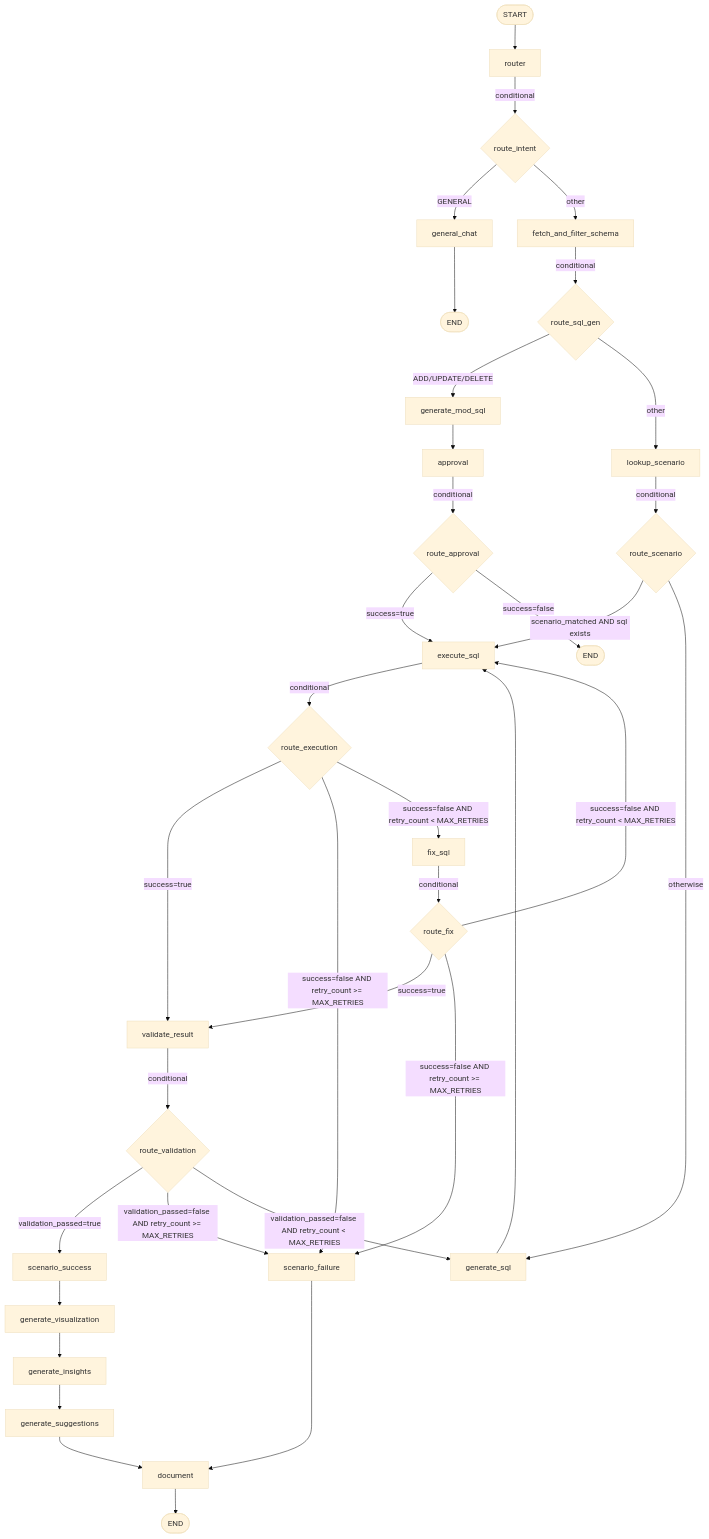
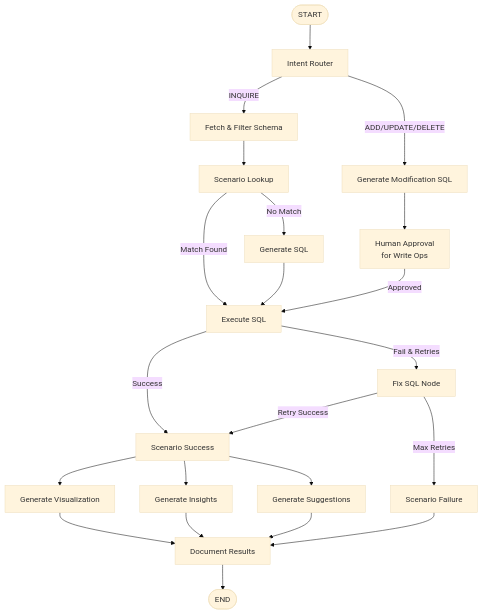
One commit to Omarnagyafifi1/datapilot-ai changed the second of 2 diagrams in README.md. Above: the diagram before and after it, drawn with Mermaid (base theme). The commit also changed other lines of this file and 11 other files, not shown here.

````diff
--- a/README.md
+++ b/README.md
@@ -125,50 +81,24 @@
 ```mermaid
 graph TD
-    START([START]) --> Router[router]
-    
-    Router -->|conditional| RouteIntent{route_intent}
-    RouteIntent -->|GENERAL| GeneralChat[general_chat]
-    RouteIntent -->|other| FetchAndFilterSchema[fetch_and_filter_schema]
-    
-    GeneralChat --> END1([END])
-    
-    FetchAndFilterSchema -->|conditional| RouteSQLGen{route_sql_gen}
-    RouteSQLGen -->|ADD/UPDATE/DELETE| GenerateModSQL[generate_mod_sql]
-    RouteSQLGen -->|other| LookupScenario[lookup_scenario]
-    
-    GenerateModSQL --> Approval[approval]
-    
-    Approval -->|conditional| RouteApproval{route_approval}
-    RouteApproval -->|success=true| ExecuteSQL[execute_sql]
-    RouteApproval -->|success=false| END2([END])
-    
-    LookupScenario -->|conditional| RouteScenario{route_scenario}
-    RouteScenario -->|scenario_matched AND sql exists| ExecuteSQL
-    RouteScenario -->|otherwise| GenerateSQL[generate_sql]
-    
-    GenerateSQL --> ExecuteSQL
-    
-    ExecuteSQL -->|conditional| RouteExecution{route_execution}
-    RouteExecution -->|success=true| ValidateResult[validate_result]
-    RouteExecution -->|success=false AND retry_count >= MAX_RETRIES| ScenarioFailure[scenario_failure]
-    RouteExecution -->|success=false AND retry_count < MAX_RETRIES| FixSQL[fix_sql]
-    
-    FixSQL -->|conditional| RouteFix{route_fix}
-    RouteFix -->|success=true| ValidateResult
-    RouteFix -->|success=false AND retry_count >= MAX_RETRIES| ScenarioFailure
-    RouteFix -->|success=false AND retry_count < MAX_RETRIES| ExecuteSQL
-    
-    ValidateResult -->|conditional| RouteValidation{route_validation}
-    RouteValidation -->|validation_passed=true| ScenarioSuccess[scenario_success]
-    RouteValidation -->|validation_passed=false AND retry_count >= MAX_RETRIES| ScenarioFailure
-    RouteValidation -->|validation_passed=false AND retry_count < MAX_RETRIES| GenerateSQL
-    
-    ScenarioSuccess --> GenerateViz[generate_visualization]
-    GenerateViz --> GenerateInsights[generate_insights]
-    GenerateInsights --> GenerateSuggestions[generate_suggestions]
-    GenerateSuggestions --> Document[document]
-    
-    ScenarioFailure --> Document
-    
-    Document --> END3([END])
+    START([START]) --> Router[Intent Router]
+    Router -->|INQUIRE| FetchSchema[Fetch & Filter Schema]
+    Router -->|ADD/UPDATE/DELETE| ModGen[Generate Modification SQL]
+    FetchSchema --> Lookup[Scenario Lookup]
+    Lookup -->|Match Found| Execute[Execute SQL]
+    Lookup -->|No Match| SQLGen[Generate SQL]
+    SQLGen --> Execute
+    ModGen --> Approval[Human Approval<br/>for Write Ops]
+    Approval -->|Approved| Execute
+    Execute -->|Success| Success[Scenario Success]
+    Execute -->|Fail & Retries| Fix[Fix SQL Node]
+    Fix -->|Retry Success| Success
+    Fix -->|Max Retries| Failure[Scenario Failure]
+    Success --> Viz[Generate Visualization]
+    Success --> Insights[Generate Insights]
+    Success --> Suggestions[Generate Suggestions]
+    Viz --> Document[Document Results]
+    Insights --> Document
+    Suggestions --> Document
+    Failure --> Document
+    Document --> END([END])
 ```
````
